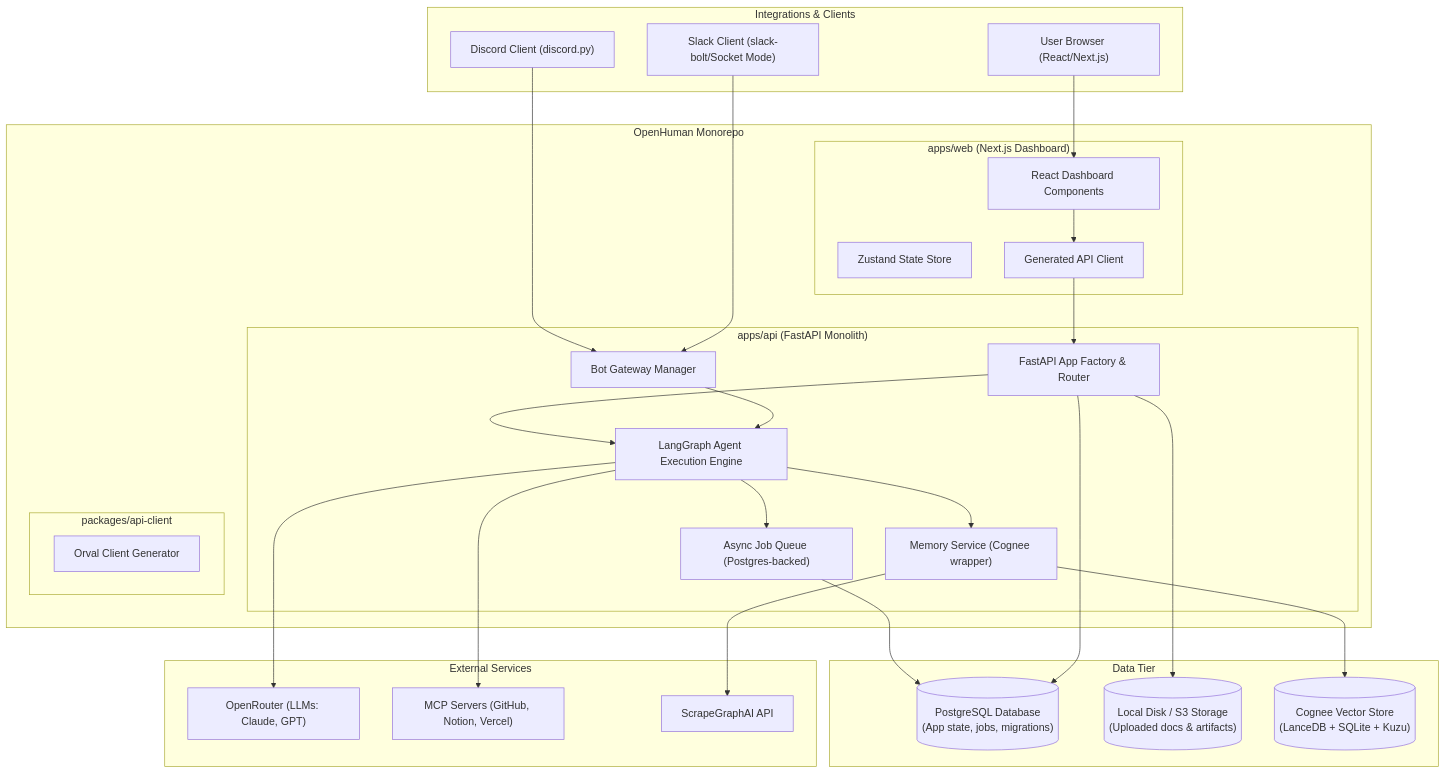
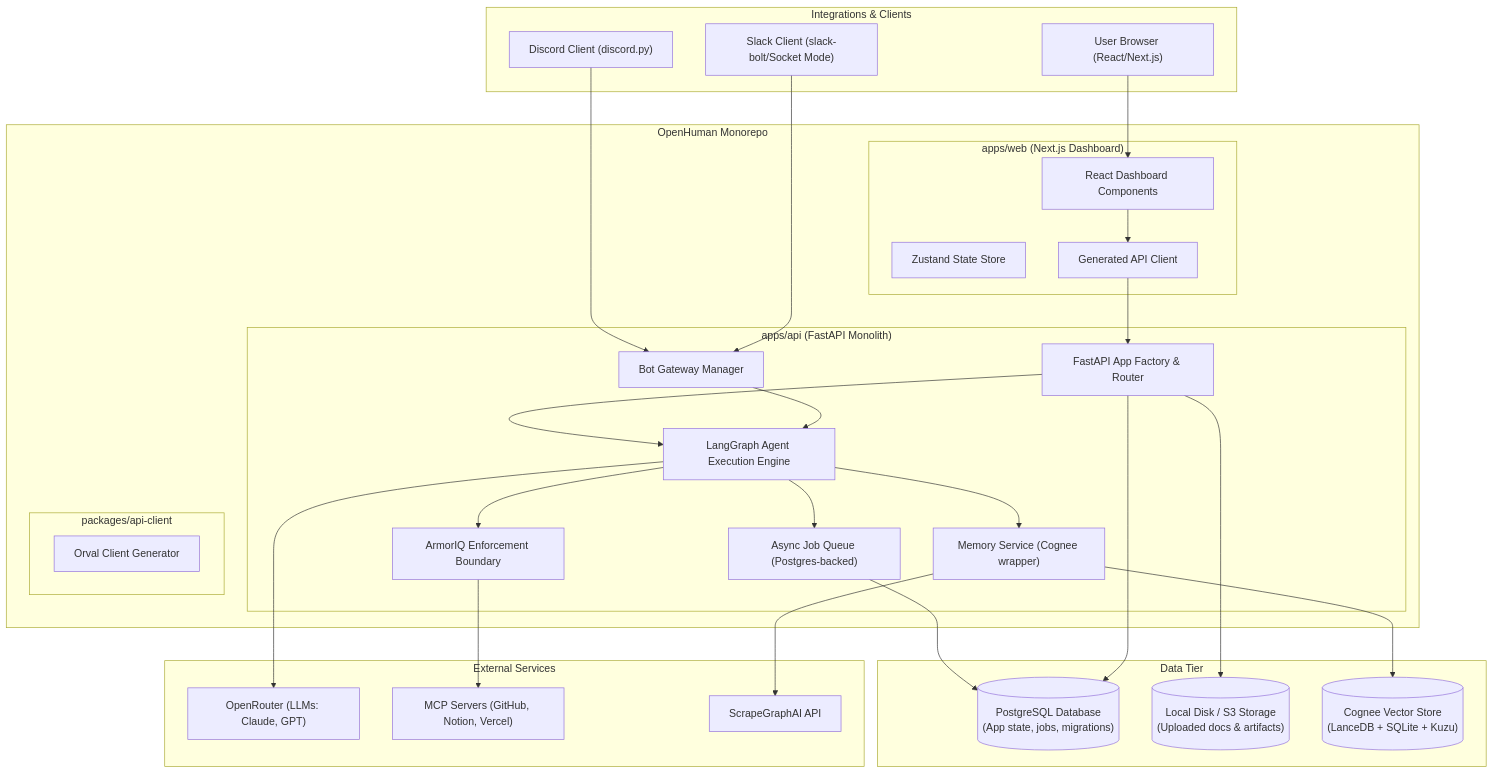
The diagram in docs/documentation/overview.md (snowsadh/openhuman), drawn with Mermaid before and after one commit. The commit also changed other lines of this file and 3 other files, not shown here.

````diff
--- a/docs/documentation/overview.md
+++ b/docs/documentation/overview.md
@@ -11,64 +11,66 @@
 ```mermaid
 graph TB
     subgraph Clients["Integrations & Clients"]
         Discord["Discord Client (discord.py)"]
         Slack["Slack Client (slack-bolt/Socket Mode)"]
         Browser["User Browser (React/Next.js)"]
     end
 
     subgraph Monorepo["OpenHuman Monorepo"]
         subgraph Frontend["apps/web (Next.js Dashboard)"]
             UI["React Dashboard Components"]
             Store["Zustand State Store"]
             Client["Generated API Client"]
         end
 
         subgraph Backend["apps/api (FastAPI Monolith)"]
             API["FastAPI App Factory & Router"]
             GW["Bot Gateway Manager"]
             Agent["LangGraph Agent Execution Engine"]
+            ArmorIQ["ArmorIQ Enforcement Boundary"]
             MemoryService["Memory Service (Cognee wrapper)"]
             Queue["Async Job Queue (Postgres-backed)"]
         end
 
         subgraph Shared["packages/api-client"]
             Orval["Orval Client Generator"]
         end
     end
 
     subgraph Data["Data Tier"]
         PG[("PostgreSQL Database\n(App state, jobs, migrations)")]
         LocalStore[("Local Disk / S3 Storage\n(Uploaded docs & artifacts)")]
         CogneeData[("Cognee Vector Store\n(LanceDB + SQLite + Kuzu)")]
     end
 
     subgraph External["External Services"]
         OR["OpenRouter (LLMs: Claude, GPT)"]
         MCPServers["MCP Servers (GitHub, Notion, Vercel)"]
         SGAI["ScrapeGraphAI API"]
     end
 
     %% Client Interactions
     Browser --> UI
     UI --> Client
     Client --> API
     Discord --> GW
     Slack --> GW
 
     %% Backend Routing & Internal Flows
     API --> Agent
     GW --> Agent
     Agent --> MemoryService
     Agent --> Queue
     Queue --> PG
     
     %% Storage & Database mappings
     API --> PG
     MemoryService --> CogneeData
     API --> LocalStore
 
     %% External services
     Agent --> OR
-    Agent --> MCPServers
+    Agent --> ArmorIQ
+    ArmorIQ --> MCPServers
     MemoryService --> SGAI
 ```
````
